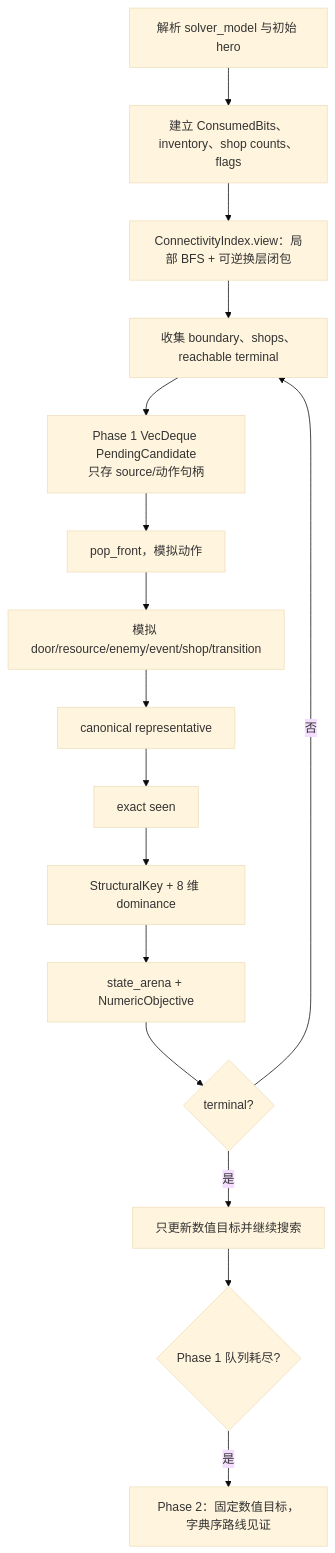
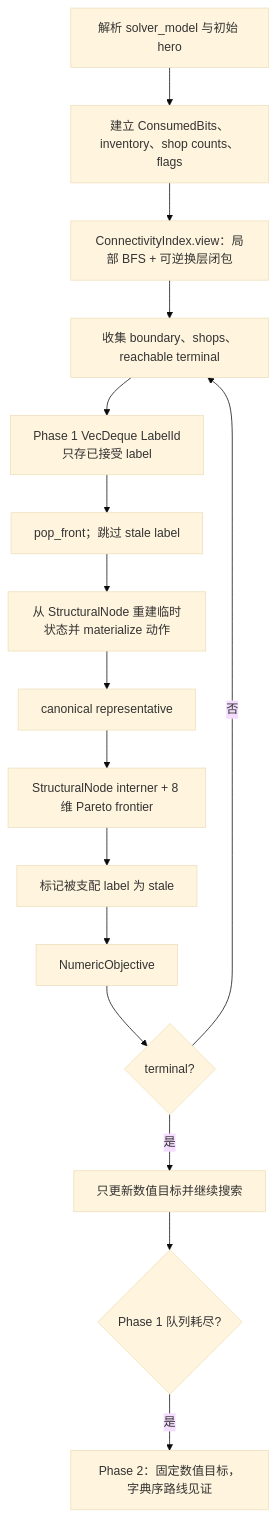
Before and after one commit to qingpu1996/userscripts: the second of 2 diagrams in games/mota-planning-lab/docs/current-solver-architecture.md, drawn with Mermaid (base theme). The commit also changed other lines of this file and 1 other file, not shown here.

Commit message:
refactor(mota): intern phase-a structural labels

````diff
--- a/games/mota-planning-lab/docs/current-solver-architecture.md
+++ b/games/mota-planning-lab/docs/current-solver-architecture.md
@@ -53,18 +48,18 @@
 ```mermaid
 flowchart TD
   A[解析 solver_model 与初始 hero] --> B[建立 ConsumedBits、inventory、shop counts、flags]
   B --> C[ConnectivityIndex.view：局部 BFS + 可逆换层闭包]
   C --> D[收集 boundary、shops、reachable terminal]
-  D --> E[Phase 1 VecDeque PendingCandidate\n只存 source/动作句柄]
-  E --> F[pop_front，模拟动作]
-  F --> G[模拟 door/resource/enemy/event/shop/transition]
+  D --> E[Phase 1 VecDeque LabelId\n只存已接受 label]
+  E --> F[pop_front；跳过 stale label]
+  F --> G[从 StructuralNode 重建临时状态并 materialize 动作]
   G --> H[canonical representative]
-  H --> I[exact seen]
-  I --> J[StructuralKey + 8 维 dominance]
-  J --> K[state_arena + NumericObjective]
+  H --> I[StructuralNode interner + 8 维 Pareto frontier]
+  I --> J[标记被支配 label 为 stale]
+  J --> K[NumericObjective]
   K --> L{terminal?}
   L -- 否 --> D
   L -- 是 --> M[只更新数值目标并继续搜索]
   M --> N{Phase 1 队列耗尽?}
   N -- 是 --> O[Phase 2：固定数值目标，字典序路线见证]
 ```
````
